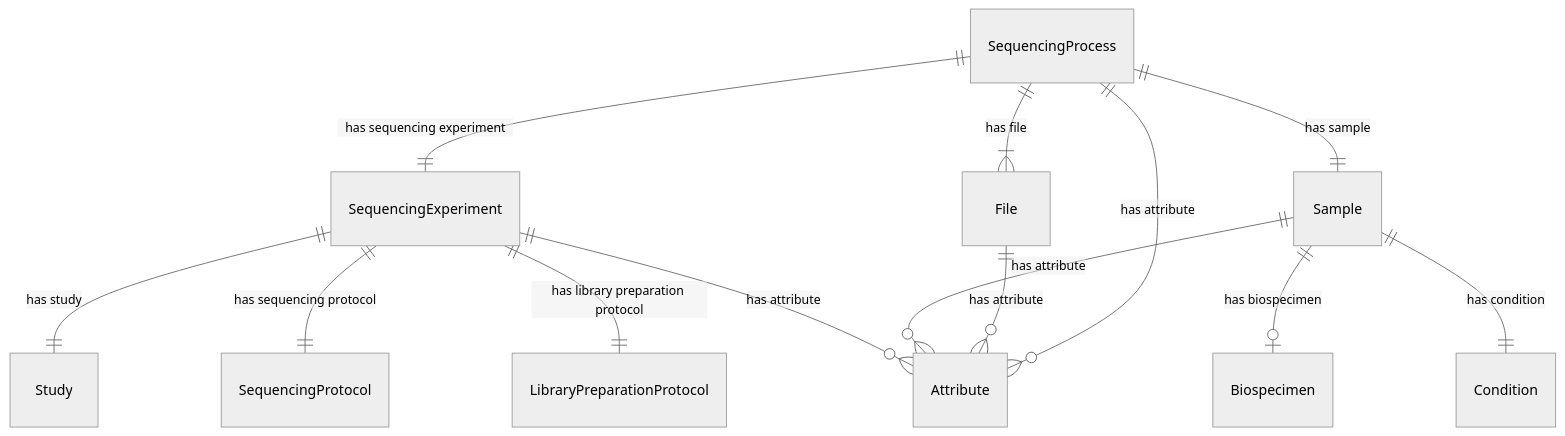
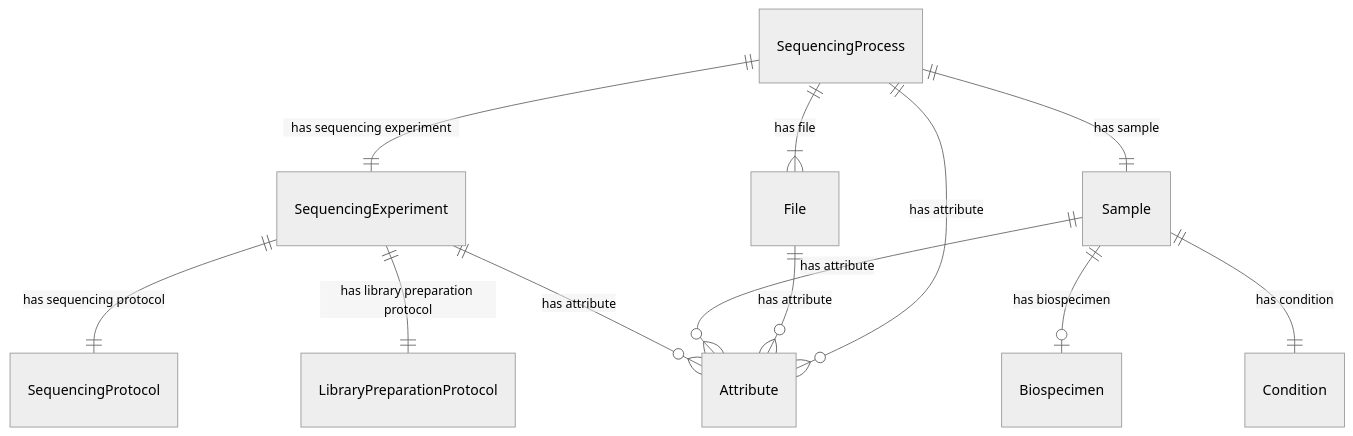
Before and after one commit to ghga-de/ghga-metadata-schema: the third of 7 diagrams in docs/entity_relations.md, drawn with Mermaid (neutral theme). The commit also changed other lines of this file and 5 other files, not shown here.

````diff
--- a/docs/entity_relations.md
+++ b/docs/entity_relations.md
@@ -179,29 +178,28 @@
 ```mermaid
 erDiagram
 SequencingProcess {
 
 }
 File {
 
 }
 Sample {
 
 }
 SequencingExperiment {
 
 }
 
 SequencingProcess ||--}| File : "has file"
 SequencingProcess ||--|| SequencingExperiment : "has sequencing experiment"
 SequencingProcess ||--|| Sample : "has sample"
 SequencingProcess ||--}o Attribute : "has attribute"
 File ||--}o Attribute : "has attribute"
 Sample ||--|o Biospecimen : "has biospecimen"
 Sample ||--|| Condition : "has condition"
 Sample ||--}o Attribute : "has attribute"
-SequencingExperiment ||--|| Study : "has study"
 SequencingExperiment ||--|| SequencingProtocol : "has sequencing protocol"
 SequencingExperiment ||--|| LibraryPreparationProtocol : "has library preparation protocol"
 SequencingExperiment ||--}o Attribute : "has attribute"
 
 ```
````
